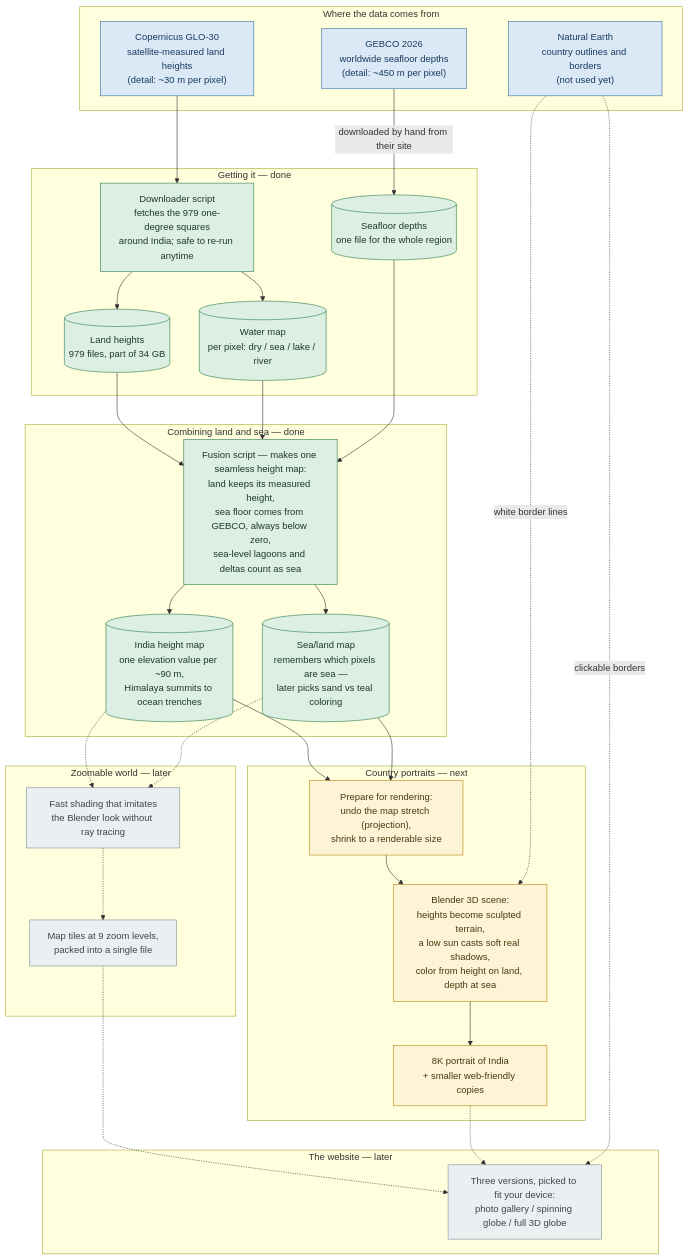
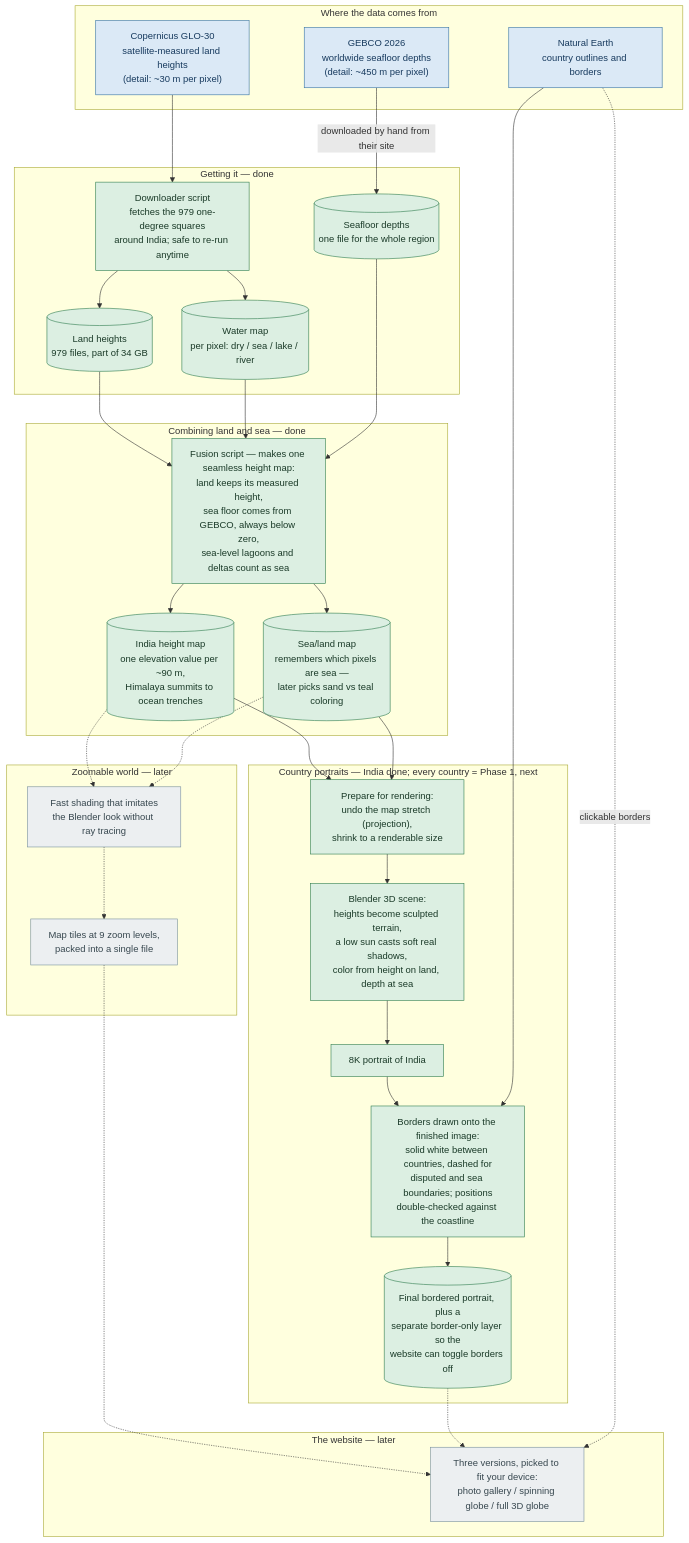
The diagram in docs/pipeline-overview.mmd (Alchez/terrella), drawn with Mermaid before and after one commit. The commit also changed 1 other file, not shown here.

Commit message:
docs: update pipeline diagrams

```diff
--- a/docs/pipeline-overview.mmd
+++ b/docs/pipeline-overview.mmd
@@ -1,71 +1,75 @@
 flowchart TD
 
   subgraph SRC["Where the data comes from"]
     S1["Copernicus GLO-30<br/>satellite-measured land heights<br/>(detail: ~30 m per pixel)"]
     S2["GEBCO 2026<br/>worldwide seafloor depths<br/>(detail: ~450 m per pixel)"]
-    S3["Natural Earth<br/>country outlines and borders<br/>(not used yet)"]
+    S3["Natural Earth<br/>country outlines and borders"]
   end
 
   subgraph ACQ["Getting it — done"]
     D1["Downloader script<br/>fetches the 979 one-degree squares<br/>around India; safe to re-run anytime"]
     R1[("Land heights<br/>979 files, part of 34 GB")]
     R2[("Water map<br/>per pixel: dry / sea / lake / river")]
     R3[("Seafloor depths<br/>one file for the whole region")]
   end
 
   S1 --> D1
   D1 --> R1
   D1 --> R2
   S2 -->|downloaded by hand from their site| R3
 
   subgraph FUSE["Combining land and sea — done"]
     F["Fusion script — makes one seamless height map:<br/>land keeps its measured height,<br/>sea floor comes from GEBCO, always below zero,<br/>sea-level lagoons and deltas count as sea"]
     O1[("India height map<br/>one elevation value per ~90 m,<br/>Himalaya summits to ocean trenches")]
     O2[("Sea/land map<br/>remembers which pixels are sea —<br/>later picks sand vs teal coloring")]
   end
 
   R1 --> F
   R2 --> F
   R3 --> F
   F --> O1
   F --> O2
 
-  subgraph HERO["Country portraits — next"]
+  subgraph HERO["Country portraits — India done; every country = Phase 1, next"]
     P["Prepare for rendering:<br/>undo the map stretch (projection),<br/>shrink to a renderable size"]
     B["Blender 3D scene:<br/>heights become sculpted terrain,<br/>a low sun casts soft real shadows,<br/>color from height on land, depth at sea"]
-    H8["8K portrait of India<br/>+ smaller web-friendly copies"]
+    H8["8K portrait of India"]
+    OV["Borders drawn onto the finished image:<br/>solid white between countries, dashed for<br/>disputed and sea boundaries; positions<br/>double-checked against the coastline"]
+    HF[("Final bordered portrait, plus a<br/>separate border-only layer so the<br/>website can toggle borders off")]
   end
 
   O1 --> P
   O2 --> P
   P --> B
   B --> H8
-  S3 -.->|white border lines| B
+  H8 --> OV
+  S3 --> OV
+  OV --> HF
 
   subgraph TILES["Zoomable world — later"]
     T1["Fast shading that imitates<br/>the Blender look without ray tracing"]
     T2["Map tiles at 9 zoom levels,<br/>packed into a single file"]
   end
 
   O1 -.-> T1
   O2 -.-> T1
   T1 -.-> T2
 
   subgraph SITE["The website — later"]
     W["Three versions, picked to fit your device:<br/>photo gallery / spinning globe / full 3D globe"]
   end
 
   T2 -.-> W
-  H8 -.-> W
+  HF -.-> W
   S3 -.->|clickable borders| W
 
   classDef ext fill:#dbe9f6,stroke:#3572a5,color:#173a5e
   classDef done fill:#dcefe2,stroke:#2e7d4f,color:#1a3a28
   classDef next fill:#fdf3d7,stroke:#b8860b,color:#4a3a10
   classDef plan fill:#eceff1,stroke:#78909c,color:#37474f
 
   class S1,S2,S3 ext
   class D1,R1,R2,R3 done
   class F,O1,O2 done
-  class P,B,H8 next
+  class P,B,H8,OV,HF done
   class T1,T2,W plan
```
